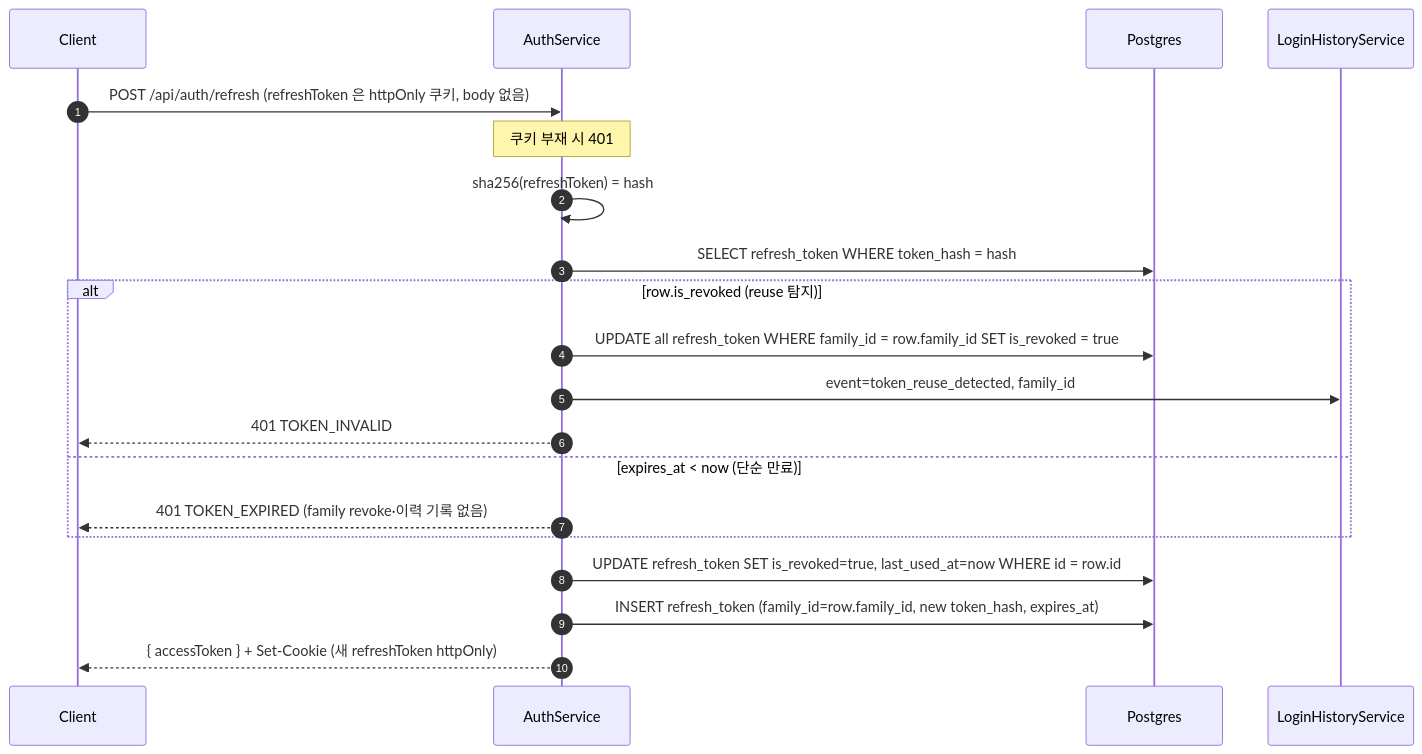
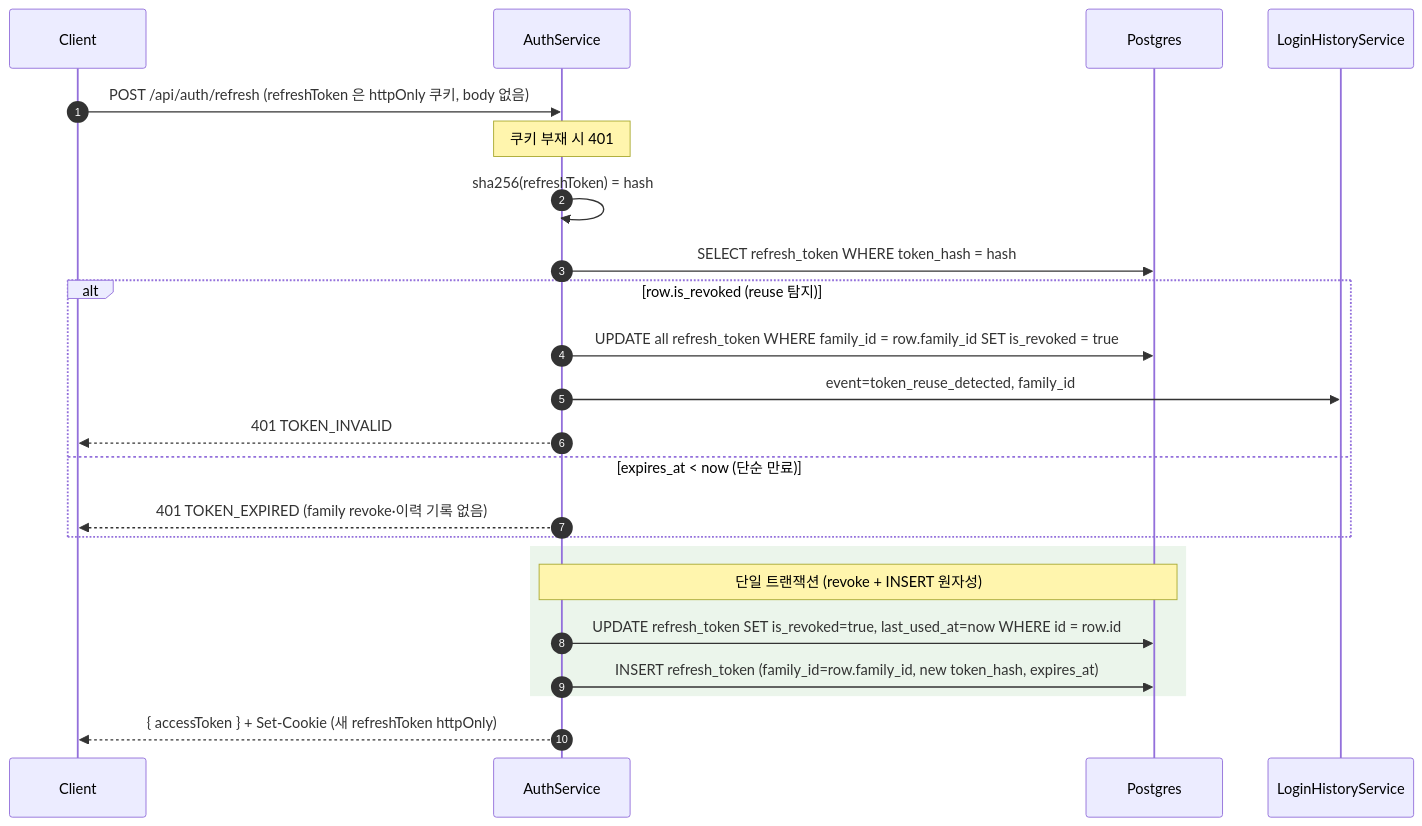
One commit to worker-ants/clemvion changed the fourth of 6 diagrams in spec/data-flow/2-auth.md. Above: the diagram before and after it, drawn with Mermaid. The commit also changed other lines of this file and 3 other files, not shown here.

First line of the commit message:
fix(auth): refresh 토큰 rotation 원자화 — revoke+INSERT 단일 트랜잭션 (05 C-1)

````diff
--- a/spec/data-flow/2-auth.md
+++ b/spec/data-flow/2-auth.md
@@ -149,23 +149,26 @@
 ```mermaid
 sequenceDiagram
   autonumber
   participant C as Client
   participant Svc as AuthService
   participant PG as Postgres
   participant Hist as LoginHistoryService
 
   C->>Svc: POST /api/auth/refresh (refreshToken 은 httpOnly 쿠키, body 없음)
   Note over Svc: 쿠키 부재 시 401
   Svc->>Svc: sha256(refreshToken) = hash
   Svc->>PG: SELECT refresh_token WHERE token_hash = hash
   alt row.is_revoked (reuse 탐지)
     Svc->>PG: UPDATE all refresh_token WHERE family_id = row.family_id SET is_revoked = true
     Svc->>Hist: event=token_reuse_detected, family_id
     Svc-->>C: 401 TOKEN_INVALID
   else expires_at < now (단순 만료)
     Svc-->>C: 401 TOKEN_EXPIRED (family revoke·이력 기록 없음)
   end
-  Svc->>PG: UPDATE refresh_token SET is_revoked=true, last_used_at=now WHERE id = row.id
-  Svc->>PG: INSERT refresh_token (family_id=row.family_id, new token_hash, expires_at)
+  rect rgb(235, 245, 235)
+    Note over Svc,PG: 단일 트랜잭션 (revoke + INSERT 원자성)
+    Svc->>PG: UPDATE refresh_token SET is_revoked=true, last_used_at=now WHERE id = row.id
+    Svc->>PG: INSERT refresh_token (family_id=row.family_id, new token_hash, expires_at)
+  end
   Svc-->>C: { accessToken } + Set-Cookie (새 refreshToken httpOnly)
 ```
````
